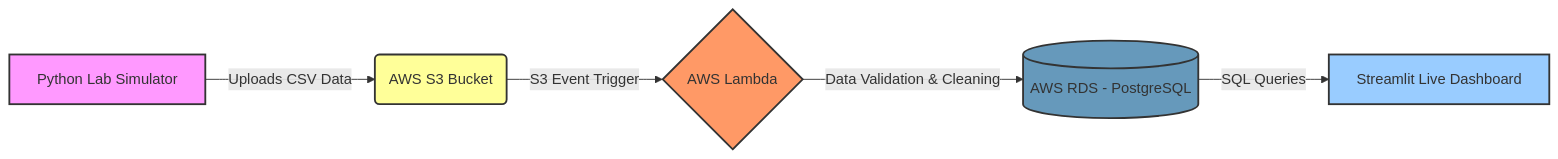
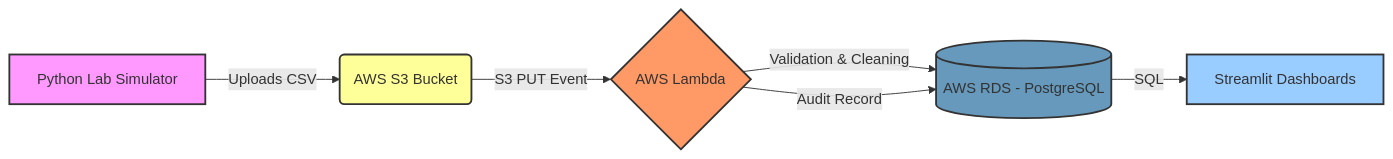
Before and after one commit to Backerma15/BioData_Project: the diagram in README.md, drawn with Mermaid. The commit also changed other lines of this file and 1 other file, not shown here.

````diff
--- a/README.md
+++ b/README.md
@@ -14,13 +49,14 @@
 ```mermaid
 graph LR
-    A[Python Lab Simulator] -->|Uploads CSV Data| B(AWS S3 Bucket)
-    B -->|S3 Event Trigger| C{AWS Lambda}
-    C -->|Data Validation & Cleaning| D[(AWS RDS - PostgreSQL)]
-    D -->|SQL Queries| E[Streamlit Live Dashboard]
-    
+    A[Python Lab Simulator] -->|Uploads CSV| B(AWS S3 Bucket)
+    B -->|S3 PUT Event| C{AWS Lambda}
+    C -->|Validation & Cleaning| D[(AWS RDS - PostgreSQL)]
+    C -->|Audit Record| D
+    D -->|SQL| E[Streamlit Dashboards]
+
     style A fill:#f9f,stroke:#333,stroke-width:2px
     style B fill:#ff9,stroke:#333,stroke-width:2px
     style C fill:#f96,stroke:#333,stroke-width:2px
     style D fill:#69b,stroke:#333,stroke-width:2px
     style E fill:#9cf,stroke:#333,stroke-width:2px
 ```
````
